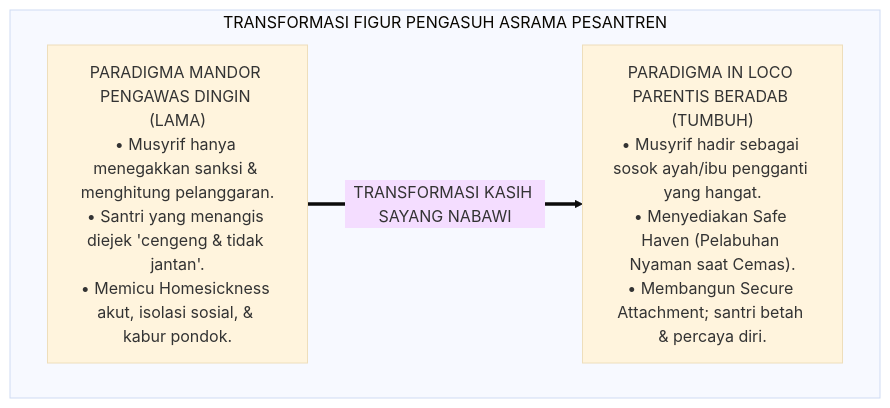
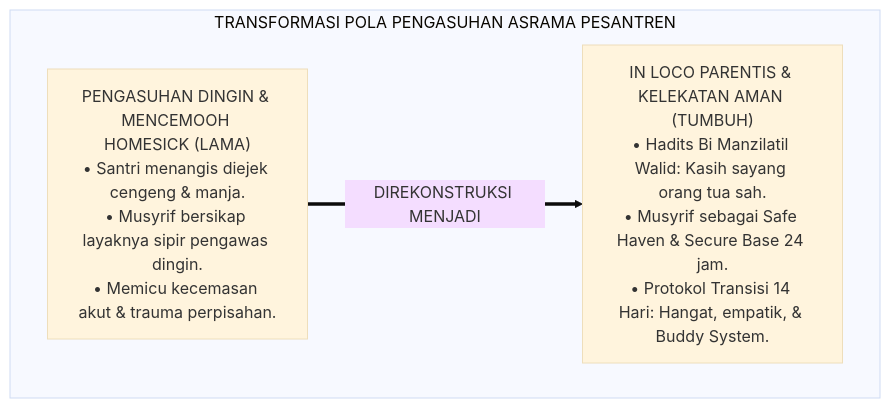
One commit to wandiapriliyandi/tumbuh changed the first of 3 diagrams in 02 Principles/04 Development Principles/P2-04-02-Prinsip-Keterikatan-Aman-dan-In-Loco-Parentis.md. Above: the diagram before and after it, drawn with Mermaid (base theme). The commit also changed other lines of this file and 7 other files, not shown here.

````diff
--- a/02 Principles/04 Development Principles/P2-04-02-Prinsip-Keterikatan-Aman-dan-In-Loco-Parentis.md
+++ b/02 Principles/04 Development Principles/P2-04-02-Prinsip-Keterikatan-Aman-dan-In-Loco-Parentis.md
@@ -61,10 +56,10 @@
 ```mermaid
 flowchart TD
-    subgraph TransformasiPengasuhanAsrama["TRANSFORMASI FIGUR PENGASUH ASRAMA PESANTREN"]
-        MandorDingin["PARADIGMA MANDOR PENGAWAS DINGIN (LAMA)<br/>• Musyrif hanya menegakkan sanksi & menghitung pelanggaran.<br/>• Santri yang menangis diejek 'cengeng & tidak jantan'.<br/>• Memicu Homesickness akut, isolasi sosial, & kabur pondok."]
+    subgraph TransformasiPengasuhanAsrama["TRANSFORMASI POLA PENGASUHAN ASRAMA PESANTREN"]
+        PolaDinginLama["PENGASUHAN DINGIN & MENCEMOOH HOMESICK (LAMA)<br/>• Santri menangis diejek cengeng & manja.<br/>• Musyrif bersikap layaknya sipir pengawas dingin.<br/>• Memicu kecemasan akut & trauma perpisahan."]
         
-        InLocoParentis["PARADIGMA IN LOCO PARENTIS BERADAB (TUMBUH)<br/>• Musyrif hadir sebagai sosok ayah/ibu pengganti yang hangat.<br/>• Menyediakan Safe Haven (Pelabuhan Nyaman saat Cemas).<br/>• Membangun Secure Attachment; santri betah & percaya diri."]
+        PolaInLocoParentisTUMBUH["IN LOCO PARENTIS & KELEKATAN AMAN (TUMBUH)<br/>• Hadits Bi Manzilatil Walid: Kasih sayang orang tua sah.<br/>• Musyrif sebagai Safe Haven & Secure Base 24 jam.<br/>• Protokol Transisi 14 Hari: Hangat, empatik, & Buddy System."]
         
-        MandorDingin ==>|TRANSFORMASI KASIH SAYANG NABAWI| InLocoParentis
+        PolaDinginLama ==>|DIREKONSTRUKSI MENJADI| PolaInLocoParentisTUMBUH
     end
 ```
````
